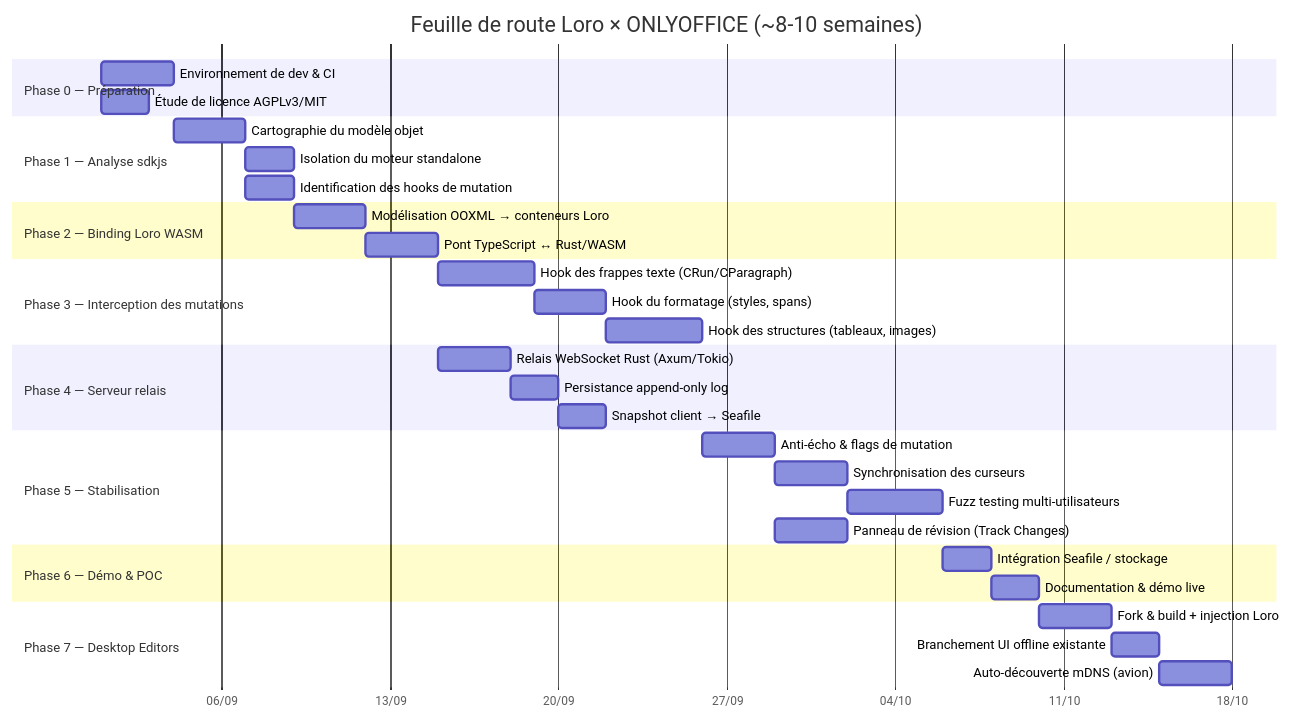
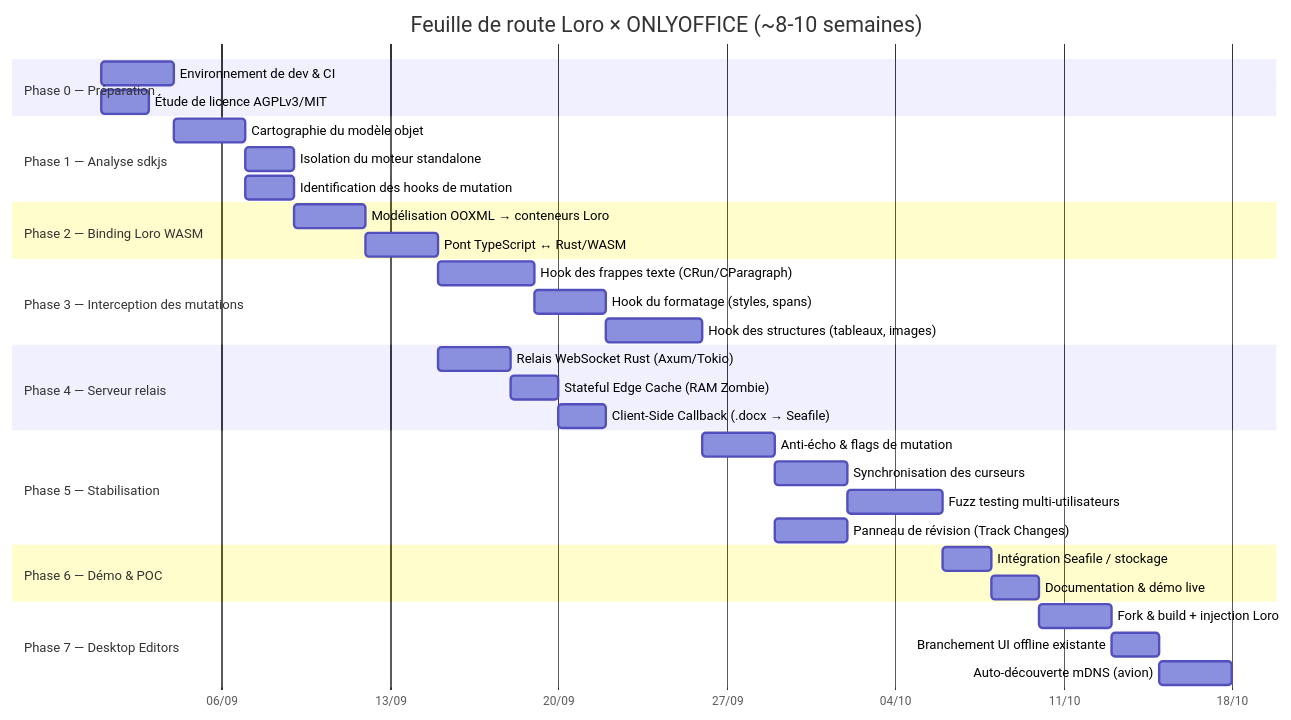
The diagram in loro_sync/feuille_de_route_loro_onlyoffice.md (yuntux/sdkjs), drawn with Mermaid before and after one commit. The commit also changed other lines of this file and 2 other files, not shown here.

First line of the commit message:
[IMP] loro_sync: integration du Stateful Edge Cache et purge de la roadmap

````diff
--- a/loro_sync/feuille_de_route_loro_onlyoffice.md
+++ b/loro_sync/feuille_de_route_loro_onlyoffice.md
@@ -5,44 +5,44 @@
 ```mermaid
 gantt
     title Feuille de route Loro × ONLYOFFICE (~8-10 semaines)
     dateFormat  YYYY-MM-DD
     axisFormat  %d/%m
 
     section Phase 0 — Préparation
     Environnement de dev & CI               :p0a, 2026-09-01, 3d
     Étude de licence AGPLv3/MIT             :p0b, 2026-09-01, 2d
 
     section Phase 1 — Analyse sdkjs
     Cartographie du modèle objet            :p1a, after p0a, 3d
     Isolation du moteur standalone          :p1b, after p1a, 2d
     Identification des hooks de mutation    :p1c, after p1a, 2d
 
     section Phase 2 — Binding Loro WASM
     Modélisation OOXML → conteneurs Loro    :p2a, after p1c, 3d
     Pont TypeScript ↔ Rust/WASM             :p2b, after p2a, 3d
 
     section Phase 3 — Interception des mutations
     Hook des frappes texte (CRun/CParagraph) :p3a, after p2b, 4d
     Hook du formatage (styles, spans)       :p3b, after p3a, 3d
     Hook des structures (tableaux, images)  :p3c, after p3b, 4d
 
     section Phase 4 — Serveur relais
     Relais WebSocket Rust (Axum/Tokio)      :p4a, after p2b, 3d
-    Persistance append-only log             :p4b, after p4a, 2d
-    Snapshot client → Seafile               :p4c, after p4b, 2d
+    Stateful Edge Cache (RAM Zombie)        :p4b, after p4a, 2d
+    Client-Side Callback (.docx → Seafile)  :p4c, after p4b, 2d
 
     section Phase 5 — Stabilisation
     Anti-écho & flags de mutation           :p5a, after p3c, 3d
     Synchronisation des curseurs            :p5b, after p5a, 3d
     Fuzz testing multi-utilisateurs         :p5c, after p5b, 4d
     Panneau de révision (Track Changes)     :p5d, after p5a, 3d
 
     section Phase 6 — Démo & POC
     Intégration Seafile / stockage          :p6a, after p5c, 2d
     Documentation & démo live               :p6b, after p6a, 2d
 
     section Phase 7 — Desktop Editors
     Fork & build + injection Loro           :p7a, after p6b, 3d
     Branchement UI offline existante        :p7b, after p7a, 2d
     Auto-découverte mDNS (avion)            :p7c, after p7b, 3d
 ```
````
